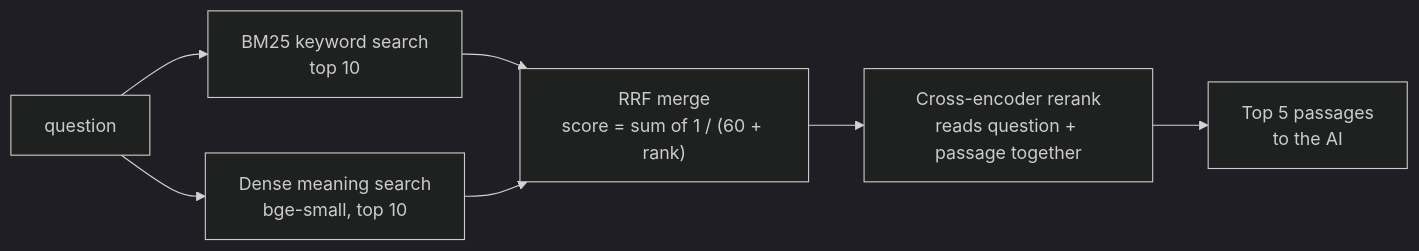
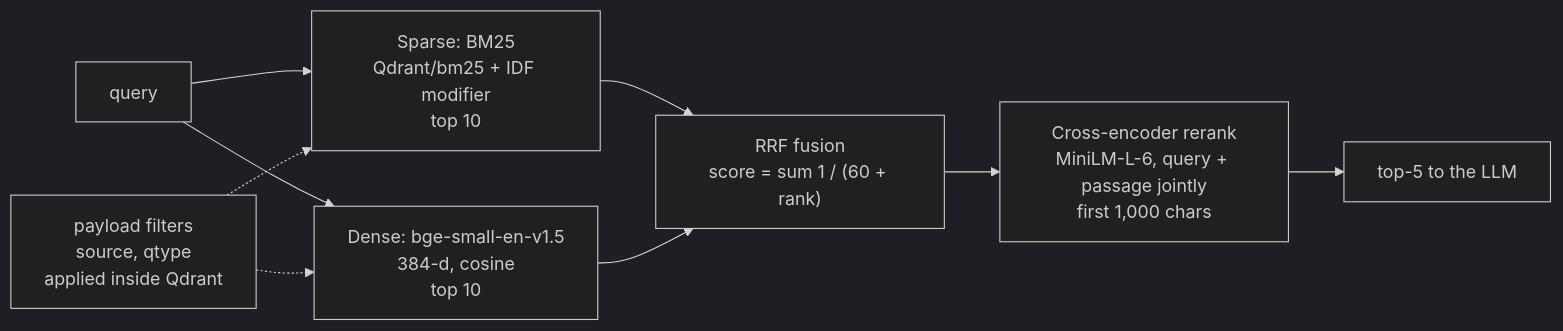
Before and after one commit to pavanaditya123/healthcare-rag-assistant: the fourth of 13 diagrams in README.md, drawn with Mermaid (dark theme). The commit also changed other lines of this file, not shown here.

Commit message:
README: technical diagrams per component, each followed by an everyday explanation

````diff
--- a/README.md
+++ b/README.md
@@ -243,9 +210,11 @@
 ```mermaid
 flowchart LR
-    Q["question"] --> S["BM25 keyword search<br/>top 10"]
-    Q --> D["Dense meaning search<br/>bge-small, top 10"]
-    S --> F["RRF merge<br/>score = sum of 1 / (60 + rank)"]
-    D --> F
-    F --> RR["Cross-encoder rerank<br/>reads question + passage together"]
-    RR --> T5["Top 5 passages<br/>to the AI"]
+    Q["query"] --> SP["Sparse: BM25<br/>Qdrant/bm25 + IDF modifier<br/>top 10"]
+    Q --> DN["Dense: bge-small-en-v1.5<br/>384-d, cosine<br/>top 10"]
+    SP --> RRF["RRF fusion<br/>score = sum 1 / (60 + rank)"]
+    DN --> RRF
+    RRF --> CE["Cross-encoder rerank<br/>MiniLM-L-6, query + passage jointly<br/>first 1,000 chars"]
+    CE --> K["top-5 to the LLM"]
+    F["payload filters<br/>source, qtype<br/>applied inside Qdrant"] -.-> SP
+    F -.-> DN
 ```
````
